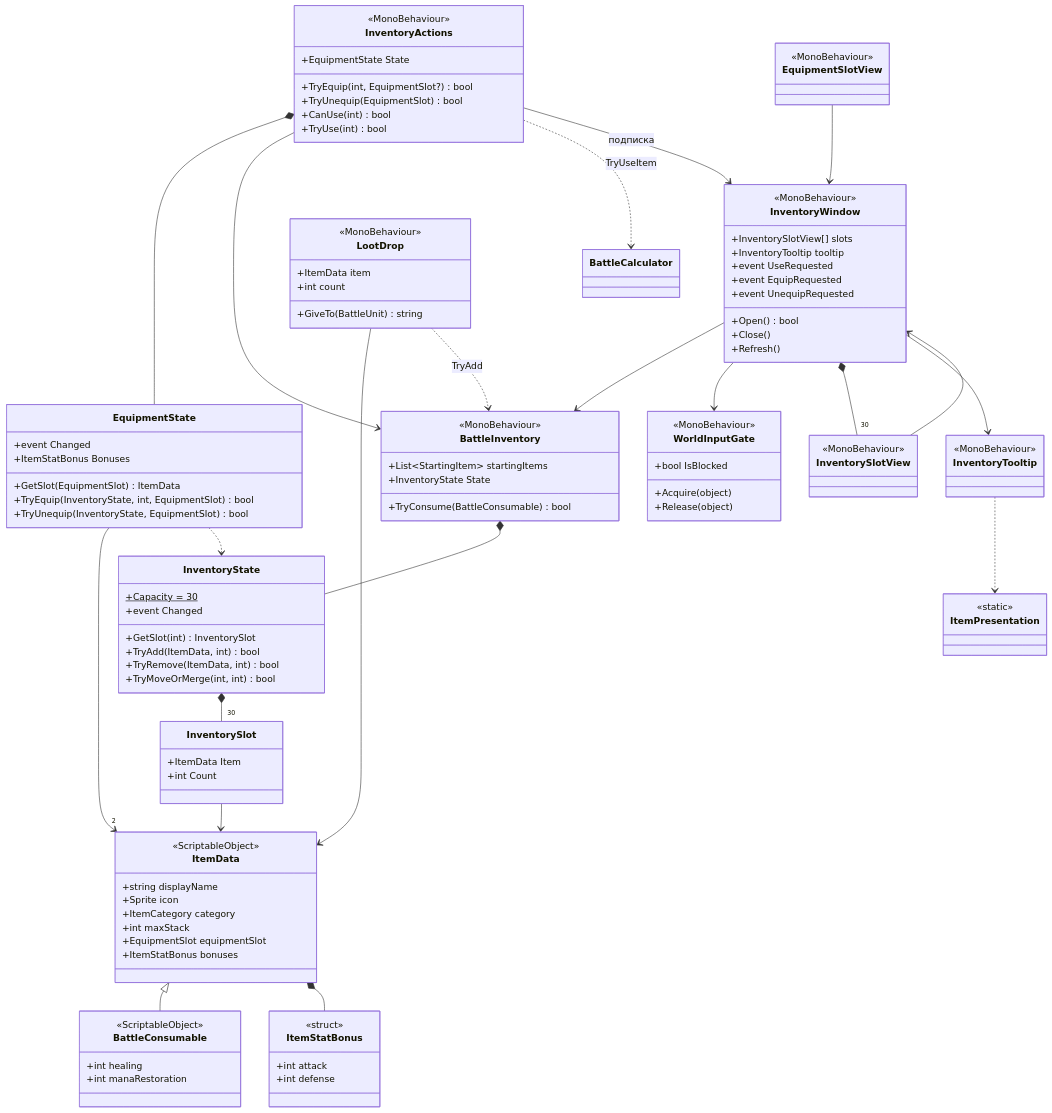
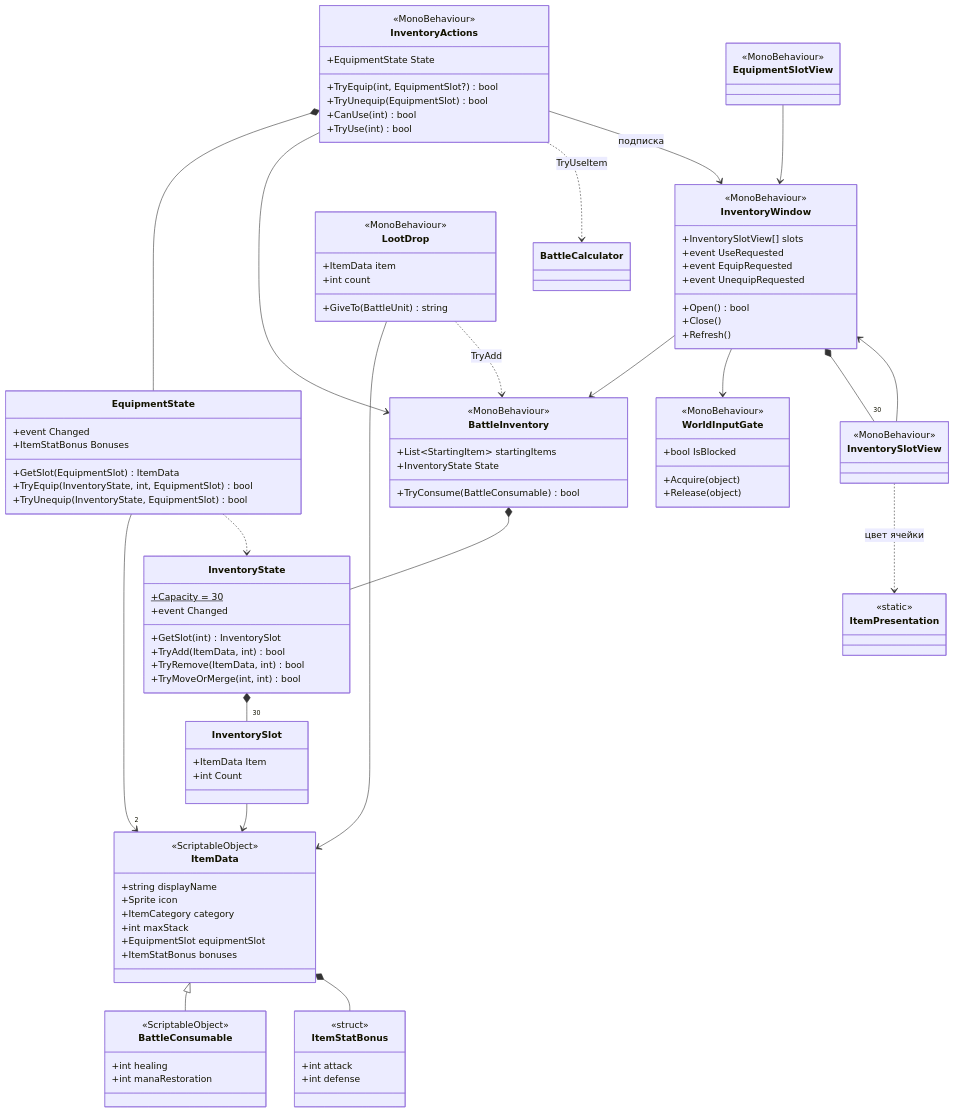
Before and after one commit to Sm1le621/FalseMemory: the third of 4 diagrams in Docs/03-class-diagram.md, drawn with Mermaid. The commit also changed 25 other files, not shown here.

````diff
--- a/Docs/03-class-diagram.md
+++ b/Docs/03-class-diagram.md
@@ -277,7 +277,6 @@
 class InventoryWindow {
   <<MonoBehaviour>>
   +InventorySlotView[] slots
-  +InventoryTooltip tooltip
   +event UseRequested
   +event EquipRequested
   +event UnequipRequested
@@ -288,7 +287,6 @@
 InventoryWindow --> BattleInventory
 InventoryWindow --> WorldInputGate
 InventoryWindow *-- "30" InventorySlotView
-InventoryWindow --> InventoryTooltip
 InventoryActions --> InventoryWindow : подписка
 
 class LootDrop {
@@ -304,8 +302,6 @@
 <<MonoBehaviour>> InventorySlotView
 class EquipmentSlotView
 <<MonoBehaviour>> EquipmentSlotView
-class InventoryTooltip
-<<MonoBehaviour>> InventoryTooltip
 class ItemPresentation
 <<static>> ItemPresentation
 class WorldInputGate {
@@ -316,5 +312,5 @@
 }
 InventorySlotView --> InventoryWindow
 EquipmentSlotView --> InventoryWindow
-InventoryTooltip ..> ItemPresentation
+InventorySlotView ..> ItemPresentation : цвет ячейки
 ```
````
